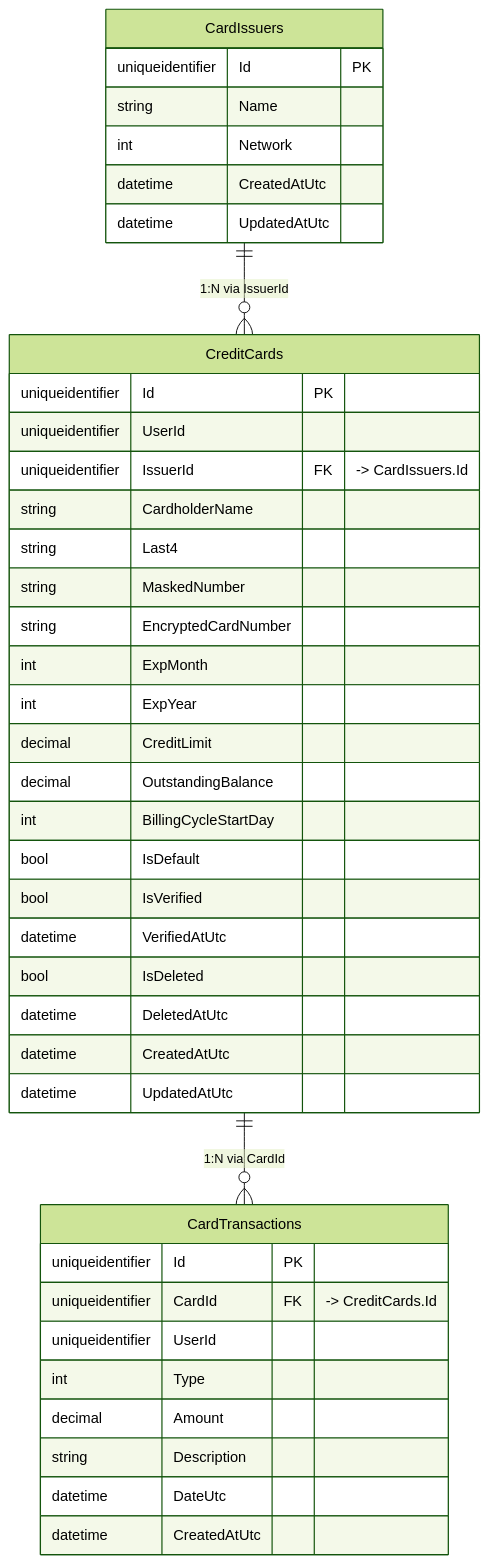
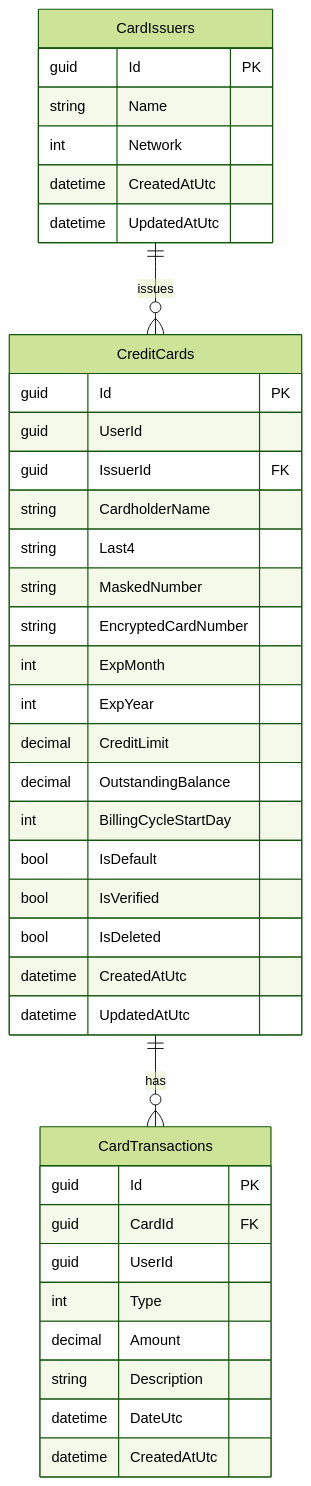
One commit to TirtharajBarma/cred-vault changed the second of 6 diagrams in src/docs/DB-FOREIGN-KEY-ARCHITECTURE.md. Above: the diagram before and after it, drawn with Mermaid (forest theme). The commit also changed other lines of this file and 26 other files, not shown here.

````diff
--- a/src/docs/DB-FOREIGN-KEY-ARCHITECTURE.md
+++ b/src/docs/DB-FOREIGN-KEY-ARCHITECTURE.md
@@ -204,46 +141,44 @@
 ```mermaid
 erDiagram
+    CardIssuers ||--o{ CreditCards : "issues"
+    CreditCards ||--o{ CardTransactions : "has"
+    
     CardIssuers {
-        uniqueidentifier Id PK
+        guid Id PK
         string Name
         int Network
         datetime CreatedAtUtc
         datetime UpdatedAtUtc
     }
-
+    
     CreditCards {
-        uniqueidentifier Id PK
-        uniqueidentifier UserId
-        uniqueidentifier IssuerId FK "-> CardIssuers.Id"
+        guid Id PK
+        guid UserId
+        guid IssuerId FK
         string CardholderName
         string Last4
         string MaskedNumber
         string EncryptedCardNumber
         int ExpMonth
         int ExpYear
         decimal CreditLimit
         decimal OutstandingBalance
         int BillingCycleStartDay
         bool IsDefault
         bool IsVerified
-        datetime VerifiedAtUtc
         bool IsDeleted
-        datetime DeletedAtUtc
         datetime CreatedAtUtc
         datetime UpdatedAtUtc
     }
-
+    
     CardTransactions {
-        uniqueidentifier Id PK
-        uniqueidentifier CardId FK "-> CreditCards.Id"
-        uniqueidentifier UserId
+        guid Id PK
+        guid CardId FK
+        guid UserId
         int Type
         decimal Amount
         string Description
         datetime DateUtc
         datetime CreatedAtUtc
     }
-
-    CardIssuers ||--o{ CreditCards : "1:N via IssuerId"
-    CreditCards ||--o{ CardTransactions : "1:N via CardId"
 ```
````
